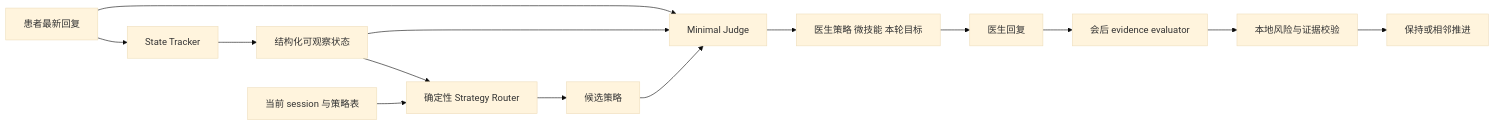
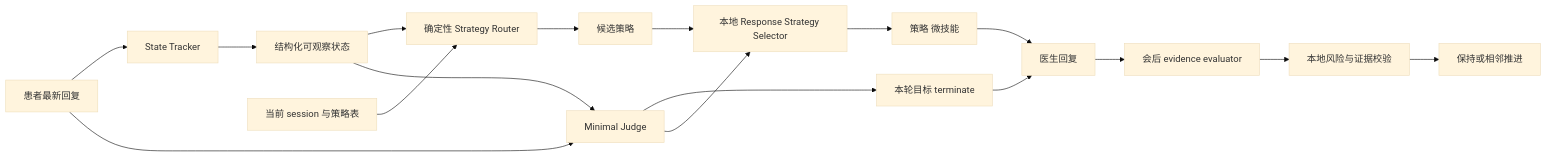
Before and after one commit to MUSE-Lab-SZU/generative_agents: the third of 4 diagrams in docs/town_method/03_cbt_pipeline.md, drawn with Mermaid (base theme). The commit also changed other lines of this file and 77 other files, not shown here.

````diff
--- a/docs/town_method/03_cbt_pipeline.md
+++ b/docs/town_method/03_cbt_pipeline.md
@@ -152,16 +162,19 @@
 ```mermaid
 flowchart LR
     A[患者最新回复] --> B[State Tracker]
     B --> C[结构化可观察状态]
     C --> D[确定性 Strategy Router]
     E[当前 session 与策略表] --> D
     D --> F[候选策略]
     A --> G[Minimal Judge]
     C --> G
-    F --> G
-    G --> H[医生策略 微技能 本轮目标]
+    G --> H[本轮目标 terminate]
+    F --> S[本地 Response Strategy Selector]
+    G --> S
+    S --> H2[策略 微技能]
     H --> I[医生回复]
+    H2 --> I
     I --> J[会后 evidence evaluator]
     J --> K[本地风险与证据校验]
     K --> L[保持或相邻推进]
 ```
````
